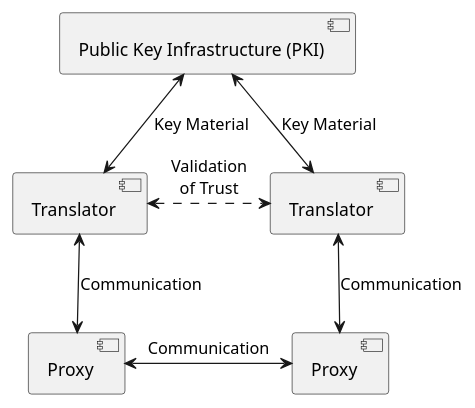
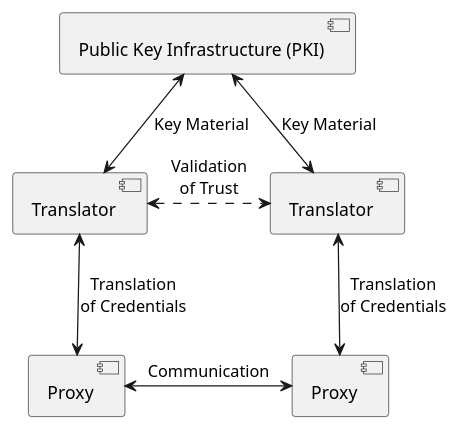
One commit to buehler/mse-project-thesis-1 changed the diagram in diagrams/component/pki-architecture.puml. Above: the diagram before and after it, drawn with PlantUML. The commit also changed 11 other files, not shown here.

```diff
--- a/diagrams/component/pki-architecture.puml
+++ b/diagrams/component/pki-architecture.puml
@@ -1,22 +1,22 @@
 @startuml
 skinparam backgroundcolor transparent
 
 component "Public Key Infrastructure (PKI)" as pki
 
 component "Translator" as t_a
 component "Translator" as t_b
 
 component "Proxy" as p_a
 component "Proxy" as p_b
 
 pki <--> t_a : Key Material
 pki <--> t_b : Key Material
 
-t_a <--> p_a : Communication
-t_b <--> p_b : Communication
+t_a <--> p_a : Translation\nof Credentials
+t_b <--> p_b : Translation\nof Credentials
 
 t_a <.> t_b : Validation\nof Trust
 
 p_a <-> p_b : Communication
 
 @enduml
```
